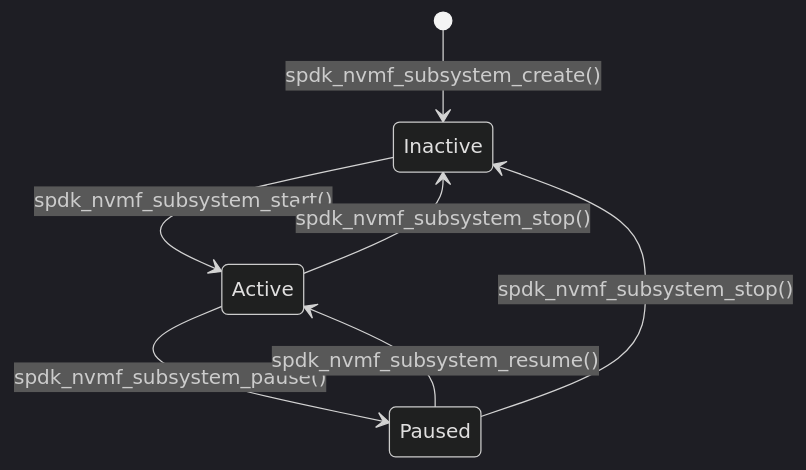
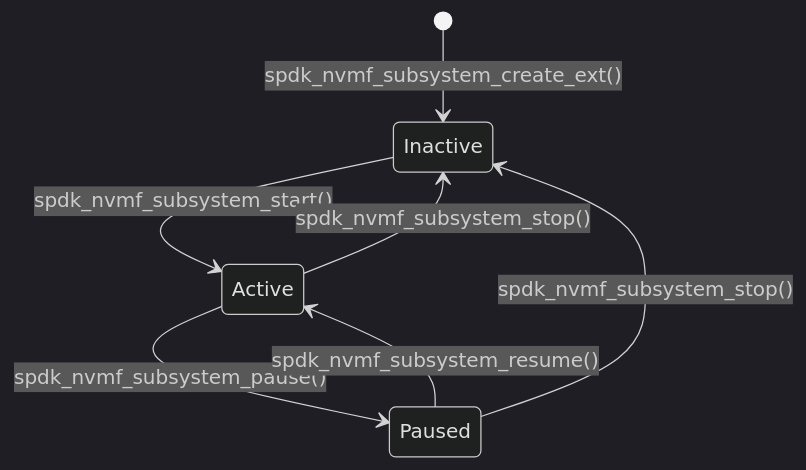
The first of 2 diagrams in doc/nvmf_tgt_pg.md (spdk/spdk), drawn with Mermaid (dark theme) before and after one commit. The commit also changed 1 other file, not shown here.

Commit message:
CHANGELOG: complete v26.09 API removal notes
Changes around deprecations have already been completed without updating
CHANGELOG.

(a217ca984) bdev/nvme, nvmf: remove deprecated enum aliases
Removed the deprecated bdev NVMe and NVMe-oF discovery enum aliases

(3ad1df3ad) sock: Remove spdk_sock_group_poll_count
Removed the public poll-count API. Document spdk_sock_group_poll as its replacement.

(5fe93428c) nvmf: remove deprecated subsystem APIs
Removed the old creation API. Update the docs to use spdk_nvmf_subsystem_create_ext.

````diff
--- a/doc/nvmf_tgt_pg.md
+++ b/doc/nvmf_tgt_pg.md
@@ -81,9 +81,9 @@
 ```mermaid
 stateDiagram-v2
-    [*] --> Inactive : spdk_nvmf_subsystem_create()
+    [*] --> Inactive : spdk_nvmf_subsystem_create_ext()
     Inactive --> Active : spdk_nvmf_subsystem_start()
     Active --> Inactive : spdk_nvmf_subsystem_stop()
     Active --> Paused : spdk_nvmf_subsystem_pause()
     Paused --> Active : spdk_nvmf_subsystem_resume()
     Paused --> Inactive : spdk_nvmf_subsystem_stop()
 ```
````
